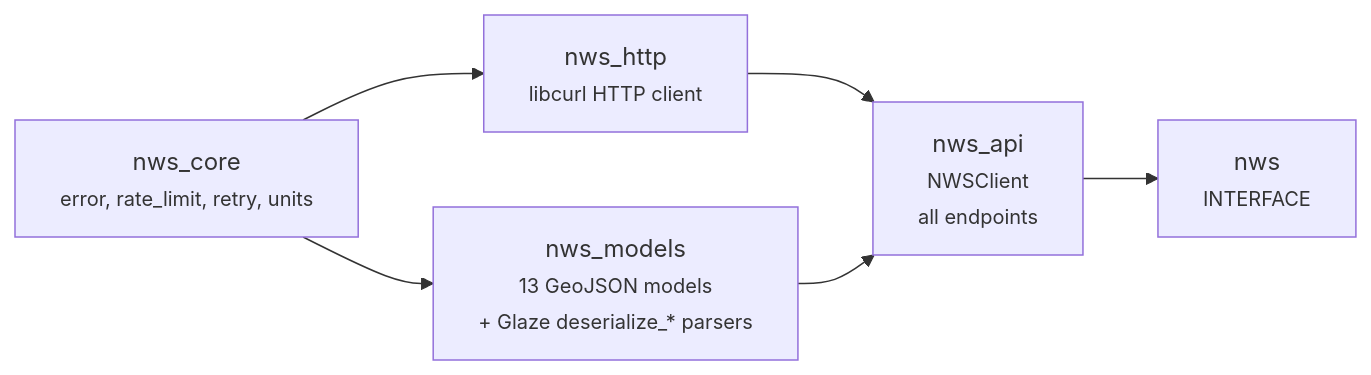
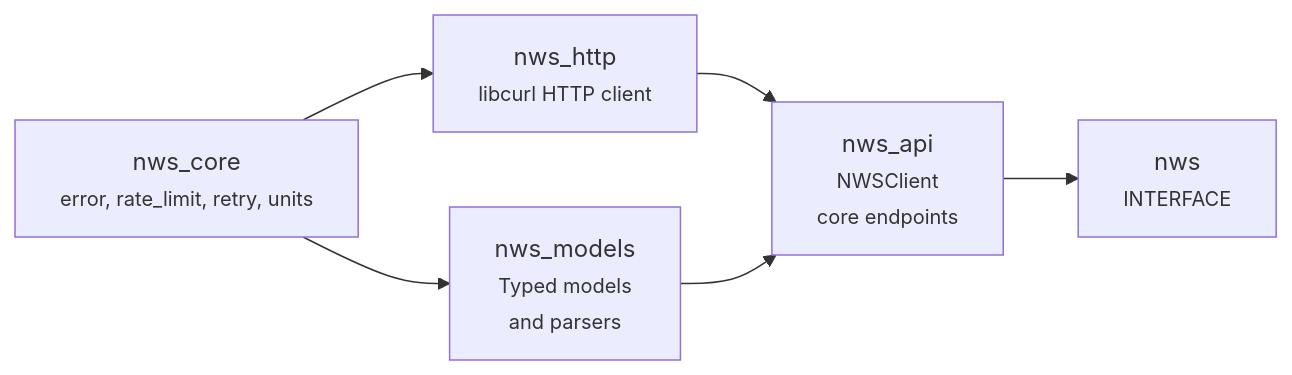
One commit to Reddimus/nws-cpp changed the diagram in README.md. Above: the diagram before and after it, drawn with Mermaid. The commit also changed other lines of this file and 52 other files, not shown here.

````diff
--- a/README.md
+++ b/README.md
@@ -98,14 +98,14 @@
 ```mermaid
 graph LR
     nws_core["nws_core<br/><small>error, rate_limit, retry, units</small>"]
     nws_http["nws_http<br/><small>libcurl HTTP client</small>"]
-    nws_models["nws_models<br/><small>13 GeoJSON models<br/>+ Glaze deserialize_* parsers</small>"]
-    nws_api["nws_api<br/><small>NWSClient<br/>all endpoints</small>"]
+    nws_models["nws_models<br/><small>Typed models<br/>and parsers</small>"]
+    nws_api["nws_api<br/><small>NWSClient<br/>core endpoints</small>"]
     nws["nws<br/><small>INTERFACE</small>"]
 
     nws_core --> nws_http
     nws_core --> nws_models
     nws_http --> nws_api
     nws_models --> nws_api
     nws_api --> nws
 ```
````
